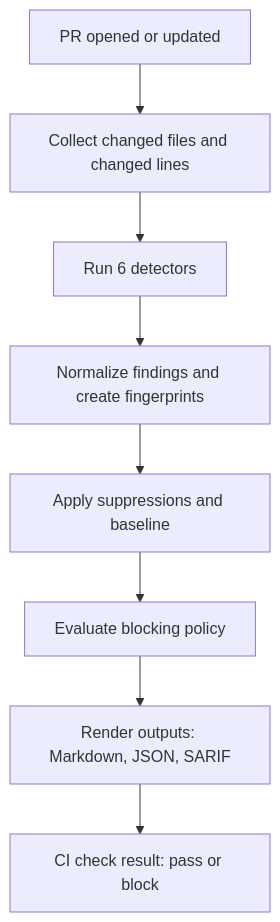
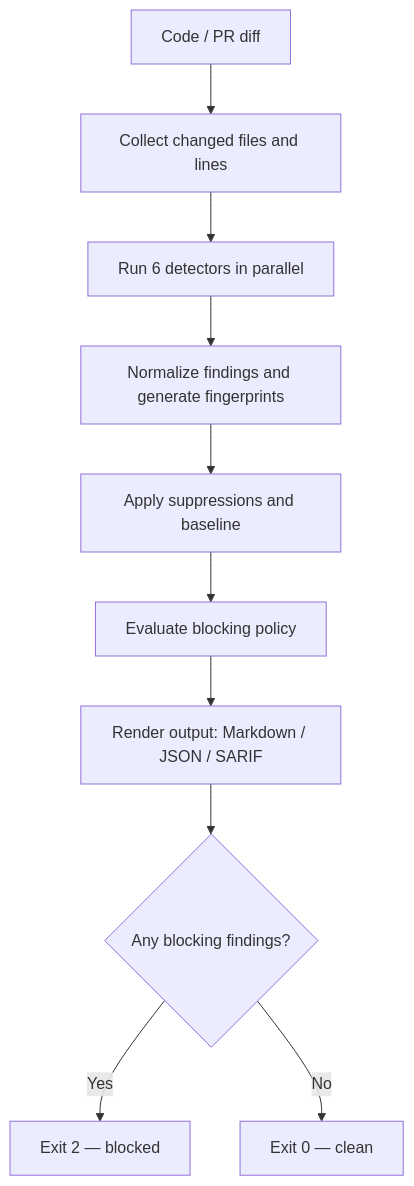
Before and after one commit to mukta2701/privacy-review-agent: the diagram in README.md, drawn with Mermaid. The commit also changed other lines of this file, not shown here.

````diff
--- a/README.md
+++ b/README.md
@@ -30,10 +136,12 @@
 ```mermaid
 flowchart TD
-    A[PR opened or updated] --> B[Collect changed files and changed lines]
-    B --> C[Run 6 detectors]
-    C --> D[Normalize findings and create fingerprints]
+    A[Code / PR diff] --> B[Collect changed files and lines]
+    B --> C[Run 6 detectors in parallel]
+    C --> D[Normalize findings and generate fingerprints]
     D --> E[Apply suppressions and baseline]
     E --> F[Evaluate blocking policy]
-    F --> G[Render outputs: Markdown, JSON, SARIF]
-    G --> H[CI check result: pass or block]
+    F --> G[Render output: Markdown / JSON / SARIF]
+    G --> H{Any blocking findings?}
+    H -- Yes --> I[Exit 2 — blocked]
+    H -- No --> J[Exit 0 — clean]
 ```
````
